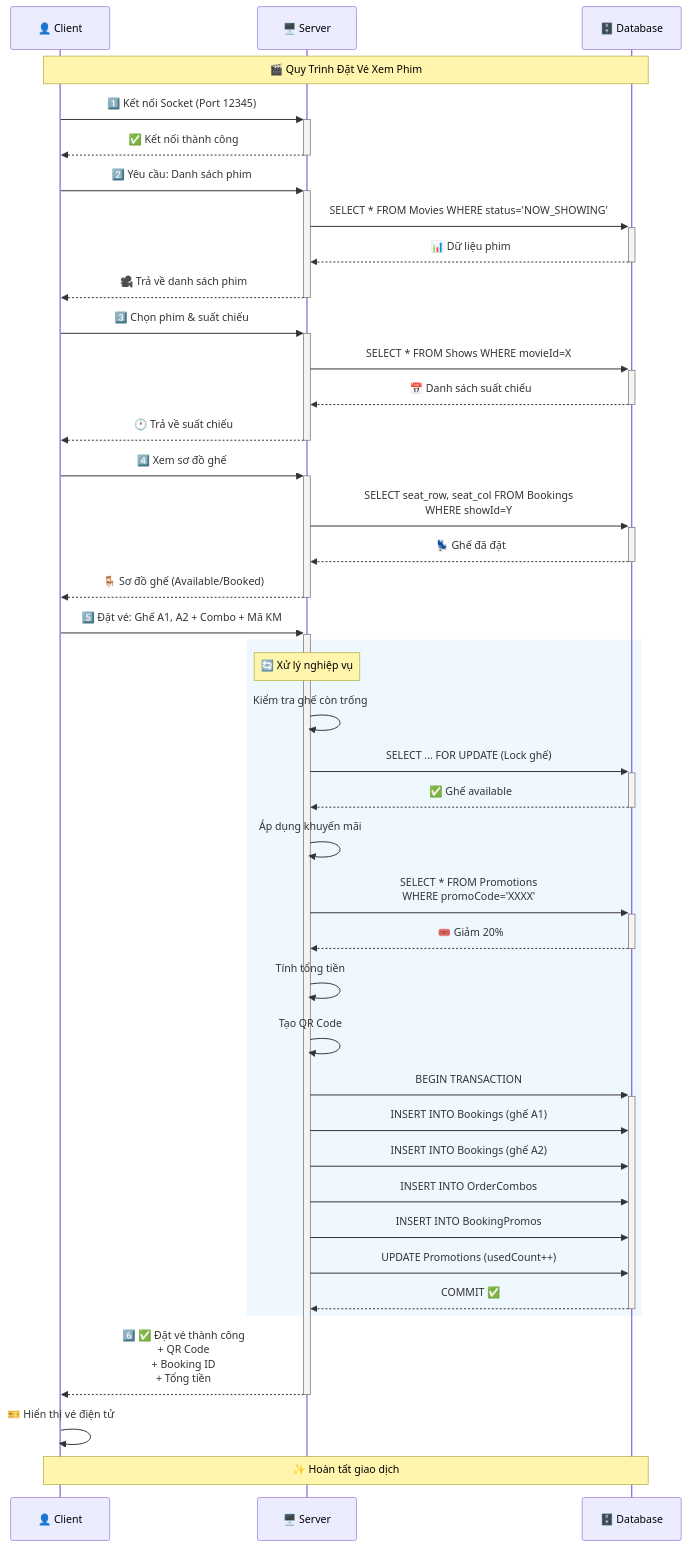
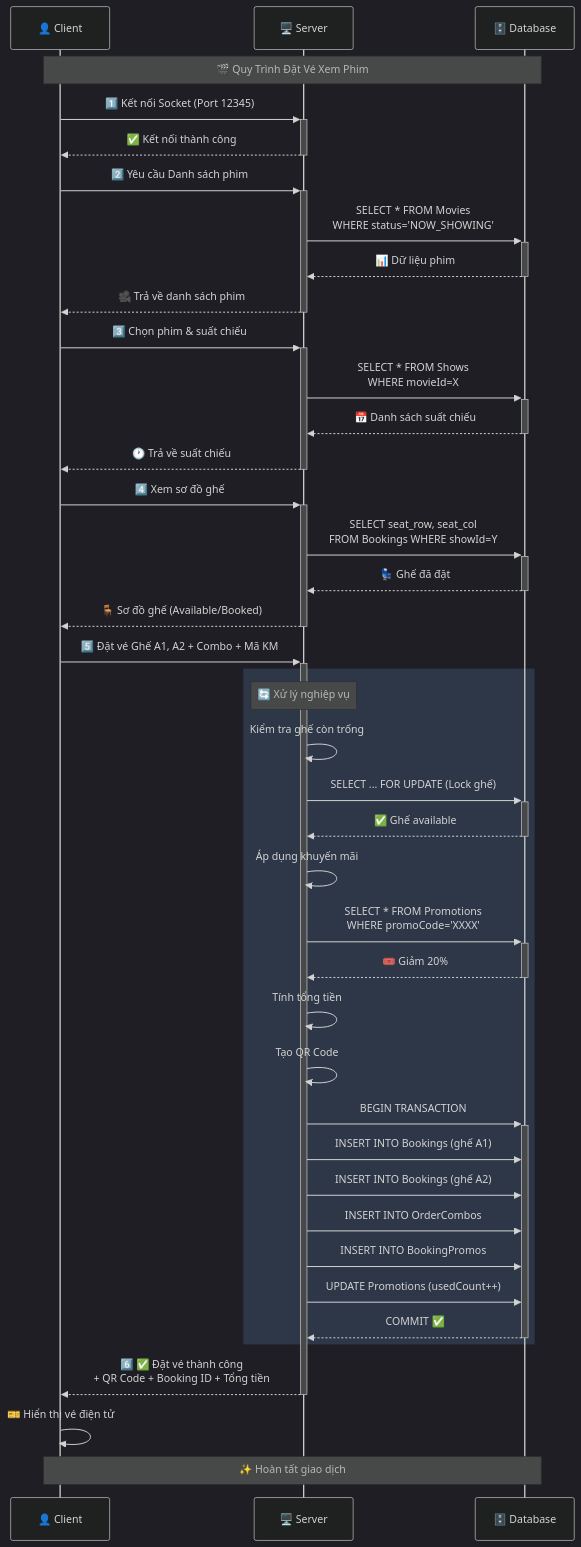
Before and after one commit to phamthihongngoc/dang_ky_xem_phim: the second of 3 diagrams in README.md, drawn with Mermaid. The commit also changed other lines of this file, not shown here.

````diff
--- a/README.md
+++ b/README.md
@@ -95,56 +95,57 @@
 ```mermaid
+%%{init: {'theme':'dark'}}%%
 sequenceDiagram
     participant C as 👤 Client
     participant S as 🖥️ Server
     participant DB as 🗄️ Database
     
     Note over C,DB: 🎬 Quy Trình Đặt Vé Xem Phim
     
     C->>+S: 1️⃣ Kết nối Socket (Port 12345)
     S-->>-C: ✅ Kết nối thành công
     
-    C->>+S: 2️⃣ Yêu cầu: Danh sách phim
-    S->>+DB: SELECT * FROM Movies WHERE status='NOW_SHOWING'
+    C->>+S: 2️⃣ Yêu cầu Danh sách phim
+    S->>+DB: SELECT * FROM Movies<br/>WHERE status='NOW_SHOWING'
     DB-->>-S: 📊 Dữ liệu phim
     S-->>-C: 🎥 Trả về danh sách phim
     
     C->>+S: 3️⃣ Chọn phim & suất chiếu
-    S->>+DB: SELECT * FROM Shows WHERE movieId=X
+    S->>+DB: SELECT * FROM Shows<br/>WHERE movieId=X
     DB-->>-S: 📅 Danh sách suất chiếu
     S-->>-C: 🕐 Trả về suất chiếu
     
     C->>+S: 4️⃣ Xem sơ đồ ghế
-    S->>+DB: SELECT seat_row, seat_col FROM Bookings<br/>WHERE showId=Y
+    S->>+DB: SELECT seat_row, seat_col<br/>FROM Bookings WHERE showId=Y
     DB-->>-S: 💺 Ghế đã đặt
     S-->>-C: 🪑 Sơ đồ ghế (Available/Booked)
     
-    C->>+S: 5️⃣ Đặt vé: Ghế A1, A2 + Combo + Mã KM
+    C->>+S: 5️⃣ Đặt vé Ghế A1, A2 + Combo + Mã KM
     
-    rect rgb(240, 248, 255)
+    rect rgb(45, 55, 72)
         Note over S: 🔄 Xử lý nghiệp vụ
         S->>S: Kiểm tra ghế còn trống
         S->>+DB: SELECT ... FOR UPDATE (Lock ghế)
         DB-->>-S: ✅ Ghế available
         
         S->>S: Áp dụng khuyến mãi
         S->>+DB: SELECT * FROM Promotions<br/>WHERE promoCode='XXXX'
         DB-->>-S: 🎟️ Giảm 20%
         
         S->>S: Tính tổng tiền
         S->>S: Tạo QR Code
         
         S->>+DB: BEGIN TRANSACTION
         S->>DB: INSERT INTO Bookings (ghế A1)
         S->>DB: INSERT INTO Bookings (ghế A2)
         S->>DB: INSERT INTO OrderCombos
         S->>DB: INSERT INTO BookingPromos
         S->>DB: UPDATE Promotions (usedCount++)
         DB-->>-S: COMMIT ✅
     end
     
-    S-->>-C: 6️⃣ ✅ Đặt vé thành công<br/>+ QR Code<br/>+ Booking ID<br/>+ Tổng tiền
+    S-->>-C: 6️⃣ ✅ Đặt vé thành công<br/>+ QR Code + Booking ID + Tổng tiền
     
     C->>C: 🎫 Hiển thị vé điện tử
     
     Note over C,DB: ✨ Hoàn tất giao dịch
 ```
````
